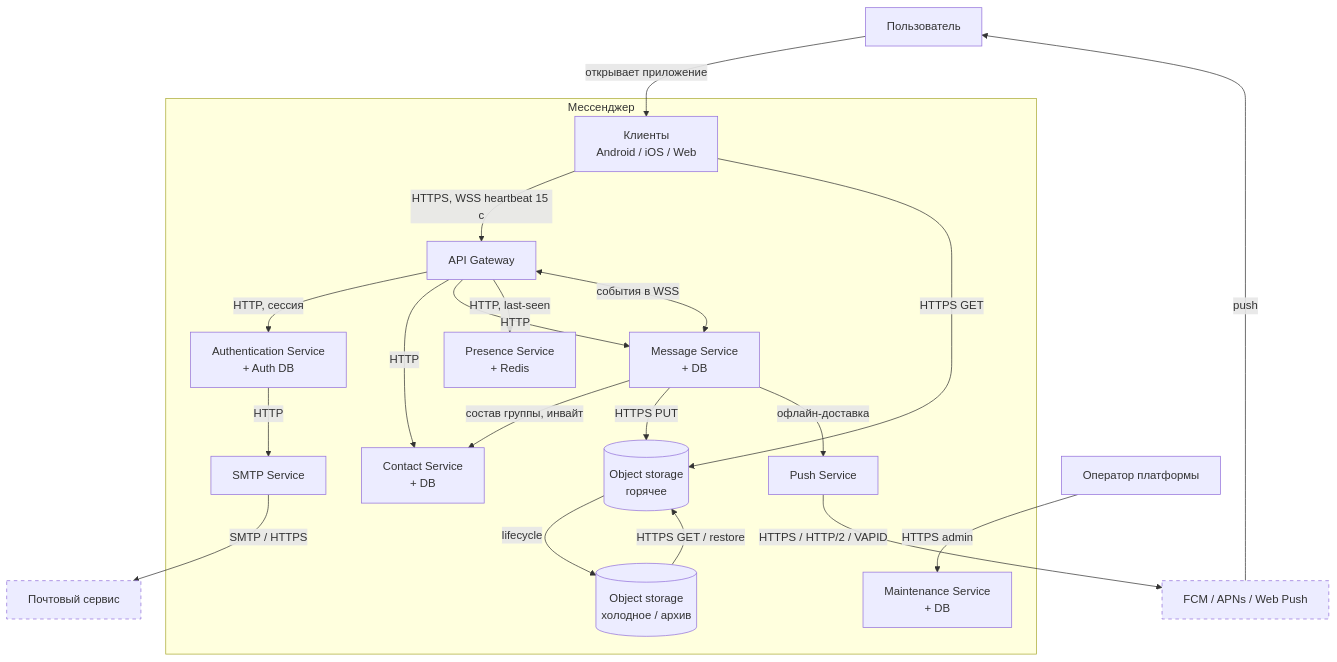
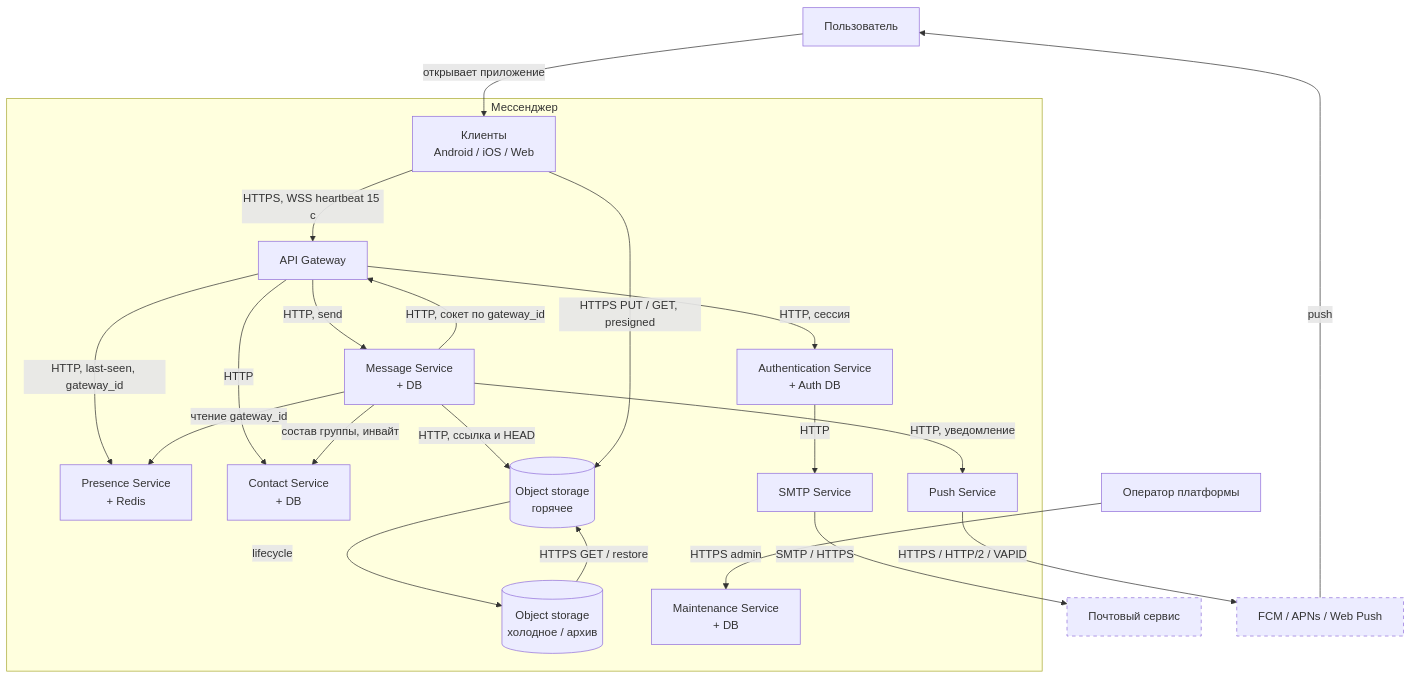
The second of 4 diagrams in hw_06/solution/README.md (Gomozov/otus-systemdesign-homework), drawn with Mermaid before and after one commit. The commit also changed other lines of this file, not shown here.

````diff
--- a/hw_06/solution/README.md
+++ b/hw_06/solution/README.md
@@ -151,47 +157,48 @@
 ```mermaid
 flowchart TB
   user["Пользователь"]
   ops["Оператор платформы"]
 
   subgraph sys["Мессенджер"]
     clients["Клиенты<br/>Android / iOS / Web"]
     gw["API Gateway"]
     auth["Authentication Service<br/>+ Auth DB"]
     presence["Presence Service<br/>+ Redis"]
     contact["Contact Service<br/>+ DB"]
     msgSvc["Message Service<br/>+ DB"]
     obj[("Object storage<br/>горячее")]
     cold[("Object storage<br/>холодное / архив")]
     push["Push Service"]
     smtp["SMTP Service"]
     maint["Maintenance Service<br/>+ DB"]
   end
 
   mail["Почтовый сервис"]
   vendors["FCM / APNs / Web Push"]
 
   user -->|"открывает приложение"| clients
   clients -->|"HTTPS, WSS heartbeat 15 с"| gw
   ops -->|"HTTPS admin"| maint
 
   gw -->|"HTTP, сессия"| auth
   gw -->|"HTTP"| contact
-  gw -->|"HTTP"| msgSvc
-  gw -->|"HTTP, last-seen"| presence
-  gw <-->|"события в WSS"| msgSvc
+  gw -->|"HTTP, send"| msgSvc
+  gw -->|"HTTP, last-seen, gateway_id"| presence
 
+  msgSvc -->|"HTTP, сокет по gateway_id"| gw
+  msgSvc -->|"чтение gateway_id"| presence
   msgSvc -->|"состав группы, инвайт"| contact
-  msgSvc -->|"HTTPS PUT"| obj
-  clients -->|"HTTPS GET"| obj
+  msgSvc -->|"HTTP, ссылка и HEAD"| obj
+  clients -->|"HTTPS PUT / GET, presigned"| obj
   obj -->|"lifecycle"| cold
   cold -->|"HTTPS GET / restore"| obj
-  msgSvc -->|"офлайн-доставка"| push
+  msgSvc -->|"HTTP, уведомление"| push
 
   auth -->|"HTTP"| smtp
   smtp -->|"SMTP / HTTPS"| mail
   push -->|"HTTPS / HTTP/2 / VAPID"| vendors
   vendors -->|"push"| user
 
   classDef external stroke-dasharray: 5 5
   class mail,vendors external
 ```
````
